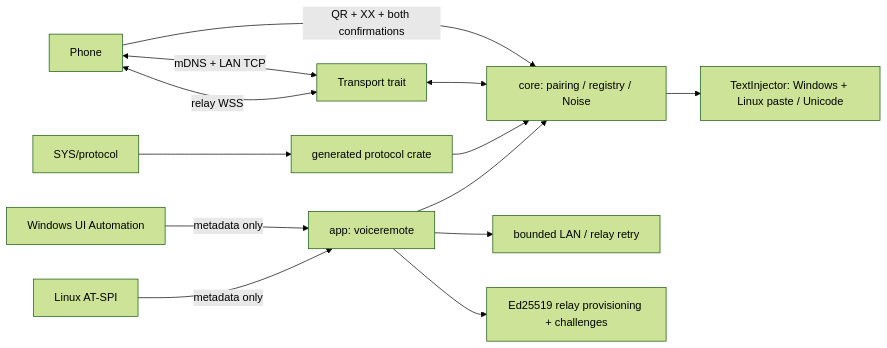
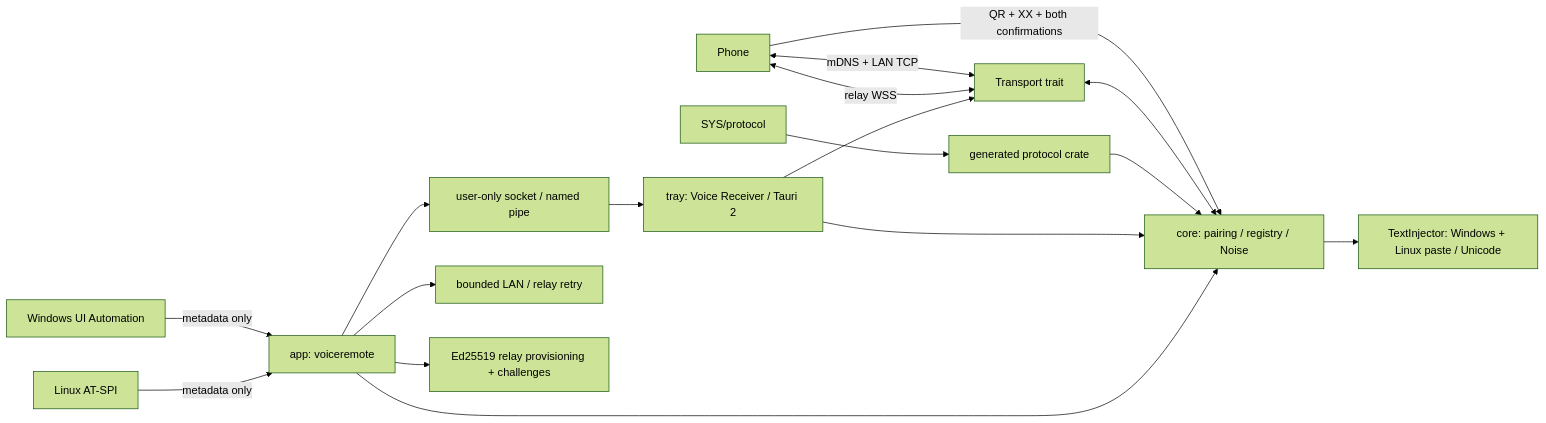
Before and after one commit to Harwasch/voiceremote: the first of 2 diagrams in SW/desktop/README.md, drawn with Mermaid (forest theme). The commit also changed other lines of this file and 31 other files, not shown here.

````diff
--- a/SW/desktop/README.md
+++ b/SW/desktop/README.md
@@ -1,14 +1,17 @@
 ```mermaid
 flowchart LR
     Phone -->|QR + XX + both confirmations| Core[core: pairing / registry / Noise]
     Phone <-->|mDNS + LAN TCP| Transport[Transport trait]
     Phone <-->|relay WSS| Transport
     Transport <--> Core
     Schema[SYS/protocol] --> Protocol[generated protocol crate] --> Core
+    Tray[tray: Voice Receiver / Tauri 2] --> Core
+    Tray --> Transport
     CLI[app: voiceremote] --> Core
+    CLI --> IPC[user-only socket / named pipe] --> Tray
     CLI --> Supervisor[bounded LAN / relay retry]
     CLI --> Auth[Ed25519 relay provisioning + challenges]
     Core --> Injector[TextInjector: Windows + Linux paste / Unicode]
     Windows[Windows UI Automation] -->|metadata only| CLI
     Linux[Linux AT-SPI] -->|metadata only| CLI
 ```
````
